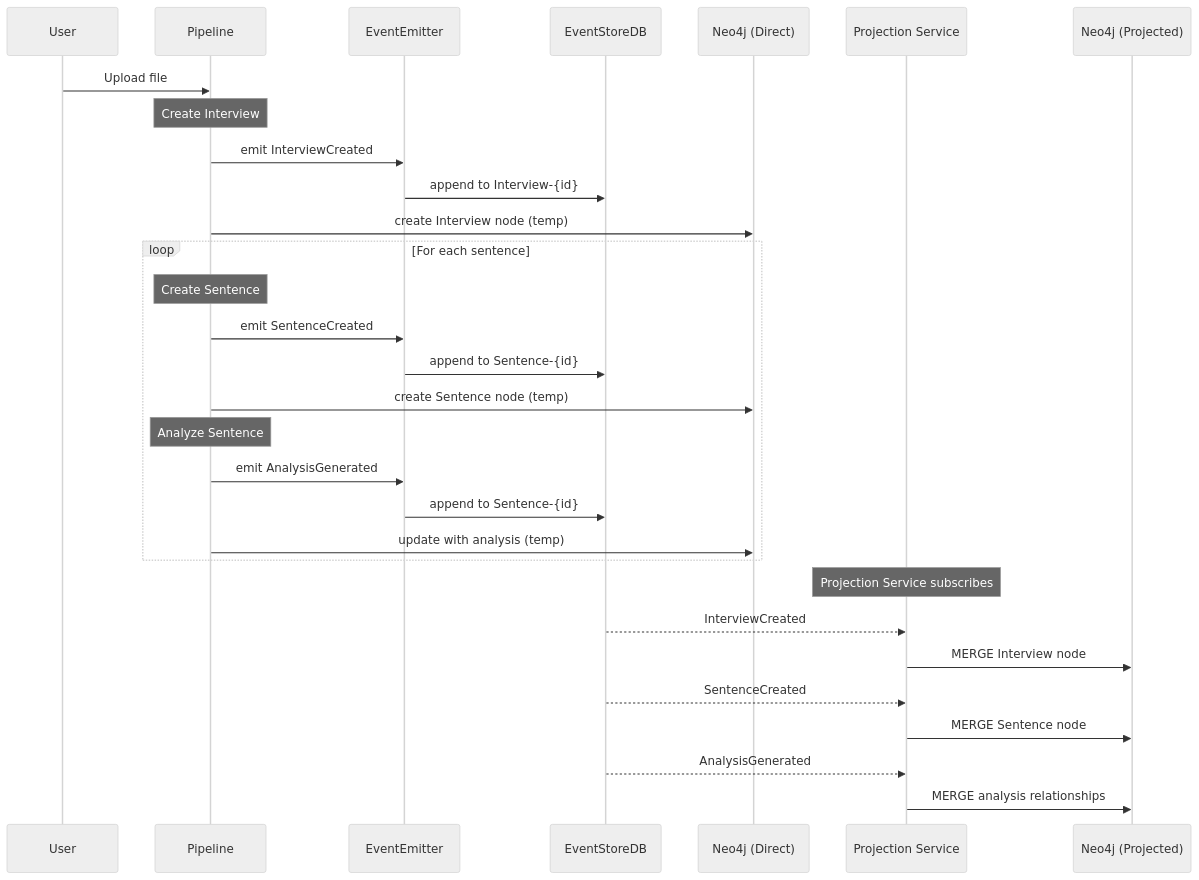
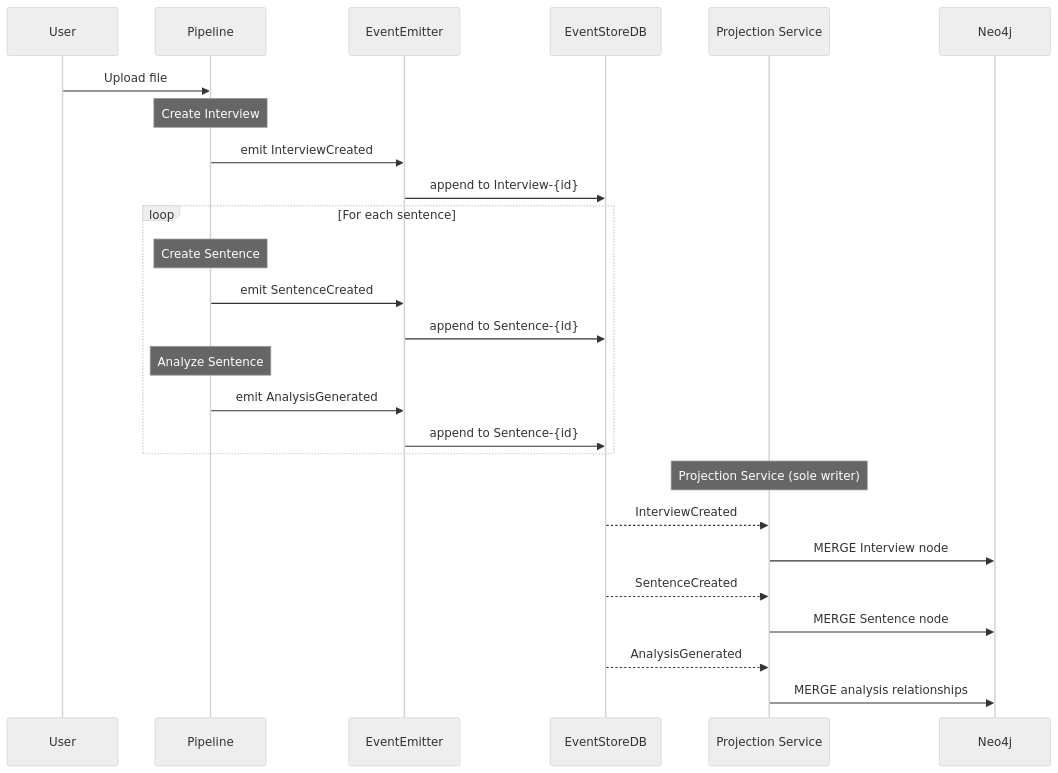
One commit to DigitalCowboyN/interview_analyzer_chaining changed the sixth of 10 diagrams in docs/architecture/event-sourcing.md. Above: the diagram before and after it, drawn with Mermaid (neutral theme). The commit also changed 1 other file, not shown here.

Commit message:
Update architecture docs for single-writer architecture (M3.0)
- Remove dual-write references from event-sourcing.md
- Update data-flow.md to show event-first persistence
- Update error handling diagram to show projection service flow
- Clarify projection service is sole writer to Neo4j

````diff
--- a/docs/architecture/event-sourcing.md
+++ b/docs/architecture/event-sourcing.md
@@ -224,39 +224,35 @@
 ```mermaid
 sequenceDiagram
     participant U as User
     participant P as Pipeline
     participant E as EventEmitter
     participant ES as EventStoreDB
-    participant N4 as Neo4j (Direct)
     participant PS as Projection Service
-    participant N4P as Neo4j (Projected)
+    participant N4 as Neo4j
 
     U->>P: Upload file
 
     Note over P: Create Interview
     P->>E: emit InterviewCreated
     E->>ES: append to Interview-{id}
-    P->>N4: create Interview node (temp)
 
     loop For each sentence
         Note over P: Create Sentence
         P->>E: emit SentenceCreated
         E->>ES: append to Sentence-{id}
-        P->>N4: create Sentence node (temp)
 
         Note over P: Analyze Sentence
         P->>E: emit AnalysisGenerated
         E->>ES: append to Sentence-{id}
-        P->>N4: update with analysis (temp)
     end
 
-    Note over PS: Projection Service subscribes
+    Note over PS: Projection Service (sole writer)
     ES-->>PS: InterviewCreated
-    PS->>N4P: MERGE Interview node
+    PS->>N4: MERGE Interview node
 
     ES-->>PS: SentenceCreated
-    PS->>N4P: MERGE Sentence node
+    PS->>N4: MERGE Sentence node
 
     ES-->>PS: AnalysisGenerated
-    PS->>N4P: MERGE analysis relationships
+    PS->>N4: MERGE analysis relationships
 ```
````
